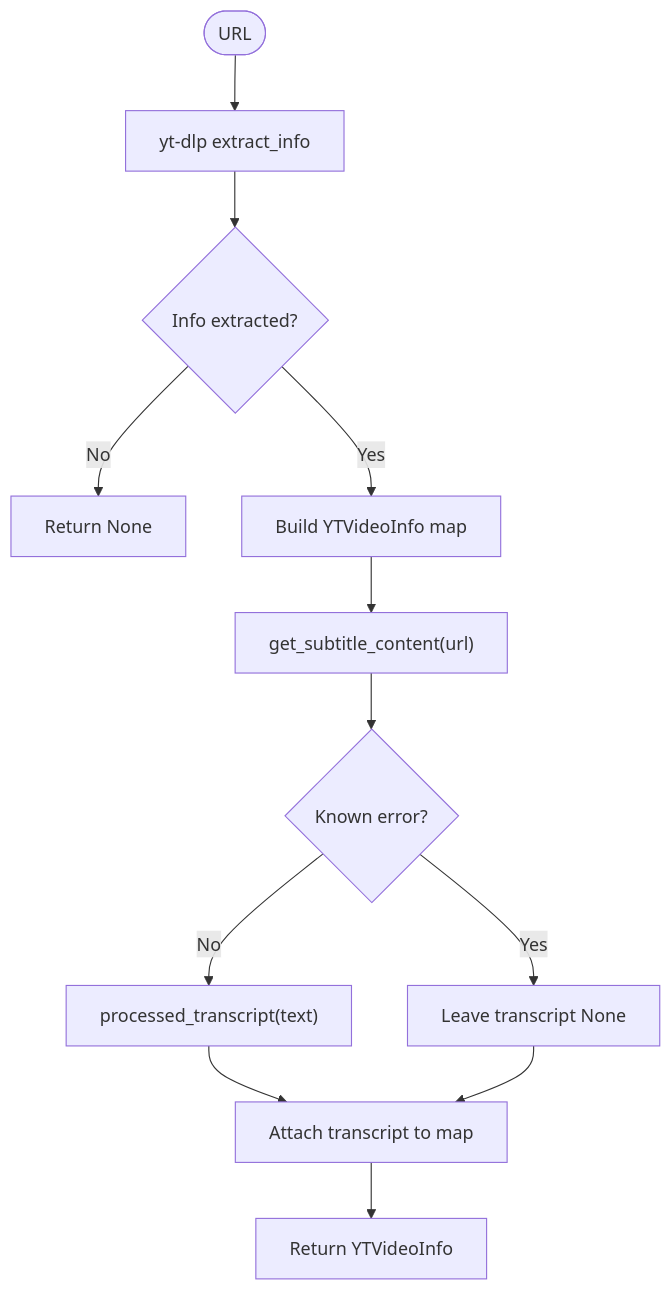
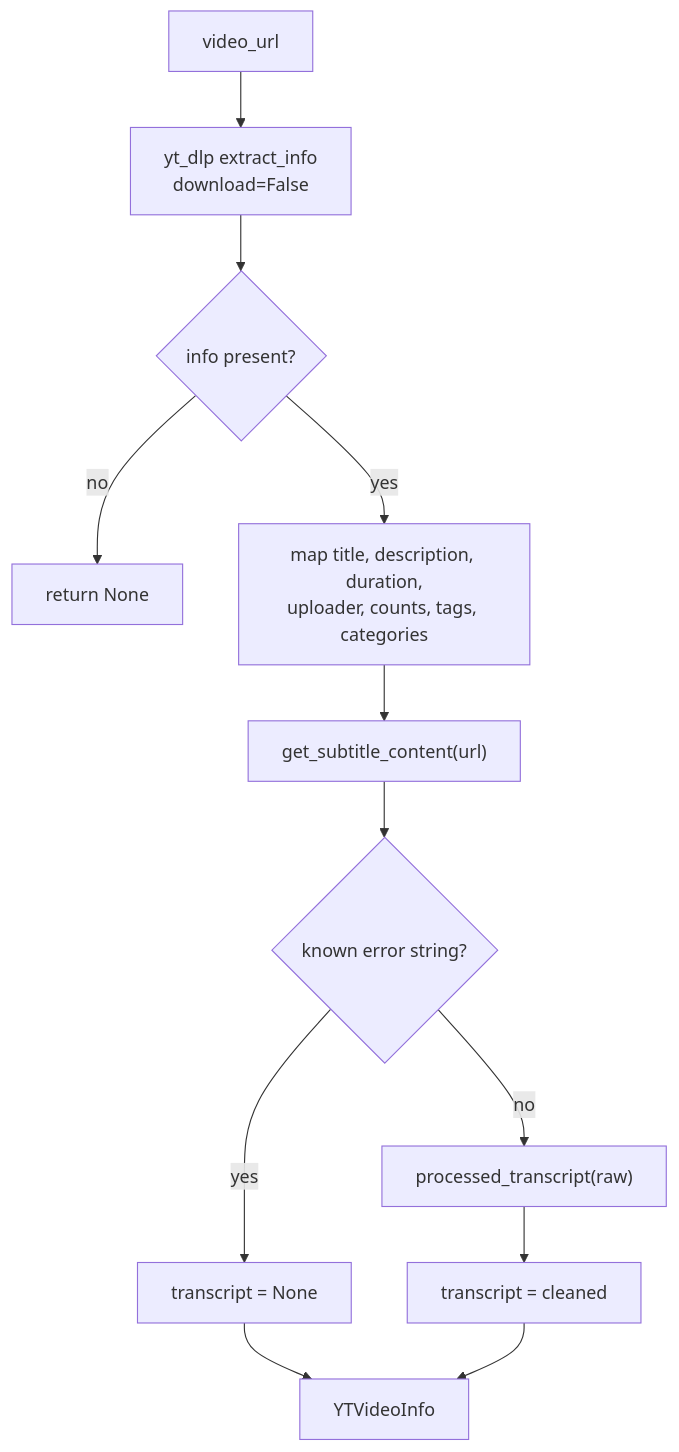
The third of 6 diagrams in src/data/docs/agentic-browser/Data Models and Schemas/YouTube Data Models.md (tashifkhan/tashif.codes), drawn with Mermaid before and after one commit. The commit also changed other lines of this file and 114 other files, not shown here.

````diff
--- a/src/data/docs/agentic-browser/Data Models and Schemas/YouTube Data Models.md
+++ b/src/data/docs/agentic-browser/Data Models and Schemas/YouTube Data Models.md
@@ -173,14 +118,14 @@
 ```mermaid
 flowchart TD
-Start(["URL"]) --> YTDLP["yt-dlp extract_info"]
-YTDLP --> InfoOK{"Info extracted?"}
-InfoOK --> |No| ReturnNone["Return None"]
-InfoOK --> |Yes| BuildMap["Build YTVideoInfo map"]
-BuildMap --> FetchSubs["get_subtitle_content(url)"]
-FetchSubs --> IsError{"Known error?"}
-IsError --> |Yes| NoTranscript["Leave transcript None"]
-IsError --> |No| Clean["processed_transcript(text)"]
-Clean --> Attach["Attach transcript to map"]
-NoTranscript --> Attach
-Attach --> Return["Return YTVideoInfo"]
+  A["video_url"] --> B["yt_dlp extract_info<br/>download=False"]
+  B --> C{"info present?"}
+  C -->|"no"| D["return None"]
+  C -->|"yes"| E["map title, description, duration,<br/>uploader, counts, tags, categories"]
+  E --> F["get_subtitle_content(url)"]
+  F --> G{"known error string?"}
+  G -->|"yes"| H["transcript = None"]
+  G -->|"no"| I["processed_transcript(raw)"]
+  I --> J["transcript = cleaned"]
+  H --> K["YTVideoInfo"]
+  J --> K
 ```
````
